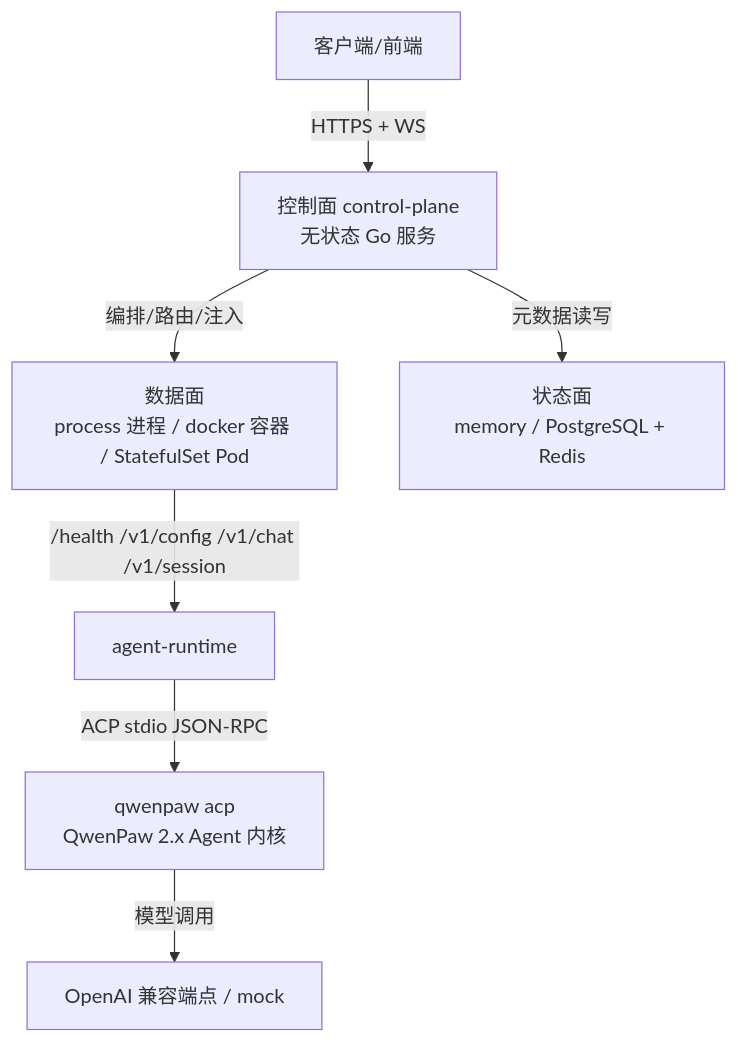
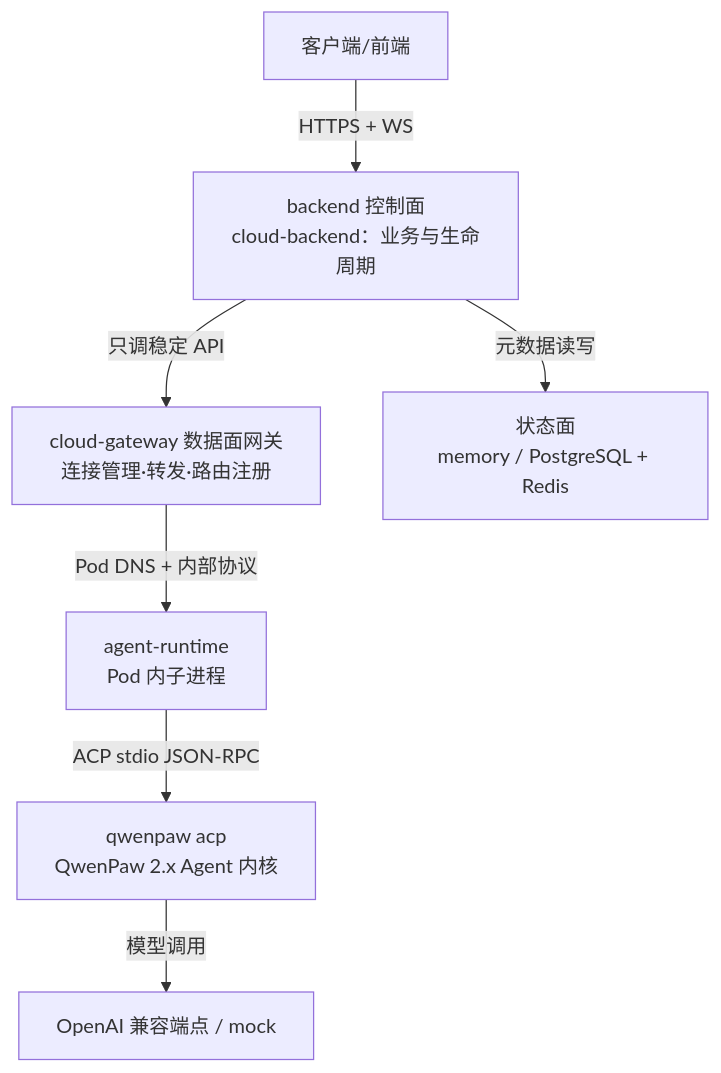
The first of 5 diagrams in docs/architecture.md (wangyichen666/cloudeagent), drawn with Mermaid before and after one commit. The commit also changed other lines of this file and 11 other files, not shown here.

First line of the commit message:
拆分架构：backend 业务与 agent 连接解耦，接入 cloud-gateway

````diff
--- a/docs/architecture.md
+++ b/docs/architecture.md
@@ -7,9 +7,9 @@
 ```mermaid
 flowchart TB
-    Client[客户端/前端] -->|HTTPS + WS| CP[控制面 control-plane<br/>无状态 Go 服务]
-    CP -->|编排/路由/注入| DP[数据面<br/>process 进程 / docker 容器 / StatefulSet Pod]
-    CP -->|元数据读写| SP[状态面<br/>memory / PostgreSQL + Redis]
-    DP -->|/health /v1/config /v1/chat /v1/session| Agent[agent-runtime]
+    Client[客户端/前端] -->|HTTPS + WS| BE[backend 控制面<br/>cloud-backend：业务与生命周期]
+    BE -->|只调稳定 API| GW[cloud-gateway 数据面网关<br/>连接管理·转发·路由注册]
+    GW -->|Pod DNS + 内部协议| Agent[agent-runtime<br/>Pod 内子进程]
     Agent -->|ACP stdio JSON-RPC| QPW[qwenpaw acp<br/>QwenPaw 2.x Agent 内核]
+    BE -->|元数据读写| SP[状态面<br/>memory / PostgreSQL + Redis]
     QPW -->|模型调用| LLM[OpenAI 兼容端点 / mock]
 ```
````
